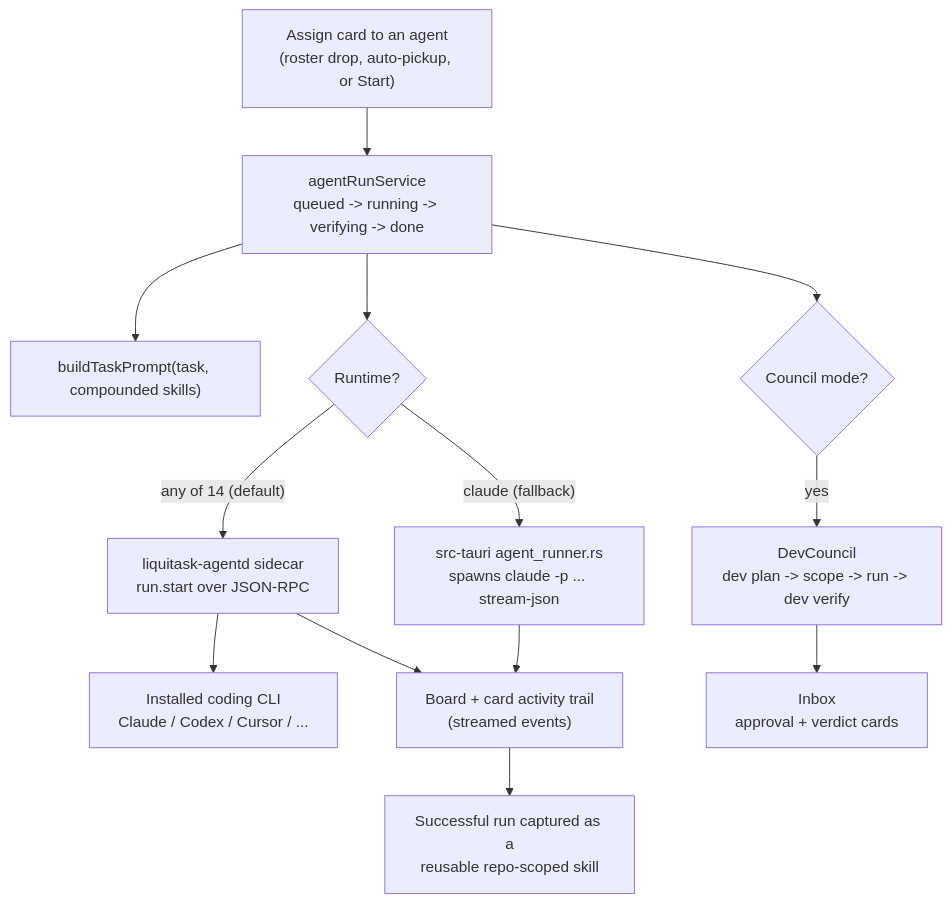
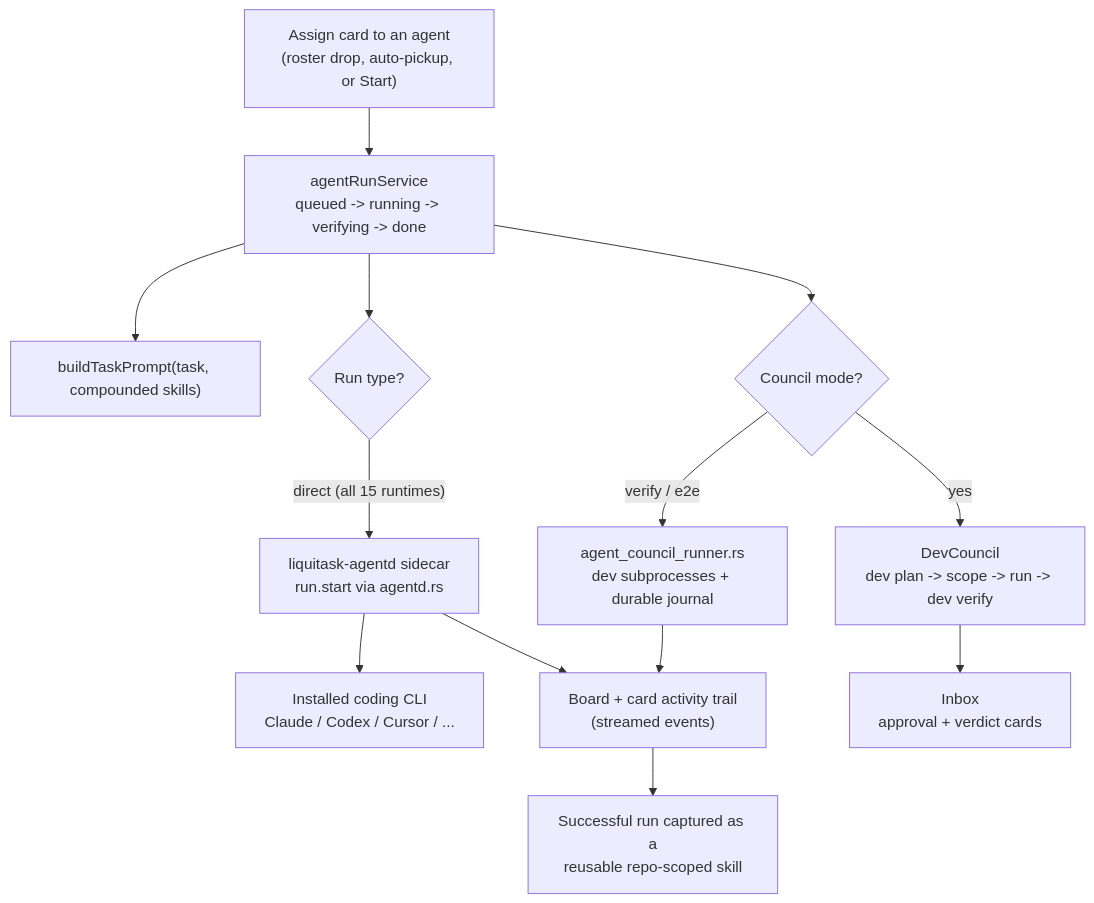
Before and after one commit to bharathvbcr/LiquiTask: the first of 4 diagrams in README.md, drawn with Mermaid. The commit also changed other lines of this file and 409 other files, not shown here.

````diff
--- a/README.md
+++ b/README.md
@@ -81,15 +88,15 @@
 ```mermaid
 flowchart TD
   Assign["Assign card to an agent\n(roster drop, auto-pickup, or Start)"] --> Run["agentRunService\nqueued -> running -> verifying -> done"]
   Run --> Prompt["buildTaskPrompt(task, compounded skills)"]
-  Run --> Route{Runtime?}
-  Route -->|"claude (fallback)"| Rust["src-tauri agent_runner.rs\nspawns claude -p ... stream-json"]
-  Route -->|"any of 14 (default)"| Agentd["liquitask-agentd sidecar\nrun.start over JSON-RPC"]
+  Run --> Route{Run type?}
+  Route -->|"direct (all 15 runtimes)"| Agentd["liquitask-agentd sidecar\nrun.start via agentd.rs"]
   Agentd --> CLI["Installed coding CLI\nClaude / Codex / Cursor / ..."]
   Run --> Council{"Council mode?"}
   Council -->|yes| DevCouncil["DevCouncil\ndev plan -> scope -> run -> dev verify"]
-  Rust --> Board["Board + card activity trail\n(streamed events)"]
-  Agentd --> Board
+  Council -->|verify / e2e| CouncilRunner["agent_council_runner.rs\ndev subprocesses + durable journal"]
+  Agentd --> Board["Board + card activity trail\n(streamed events)"]
+  CouncilRunner --> Board
   DevCouncil --> Inbox["Inbox\napproval + verdict cards"]
   Board --> Skill["Successful run captured as a\nreusable repo-scoped skill"]
 ```
````
